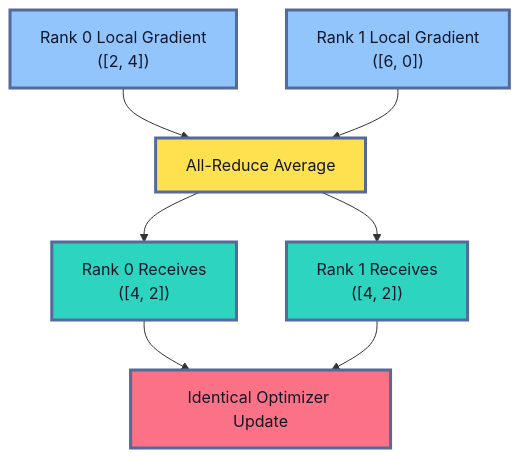
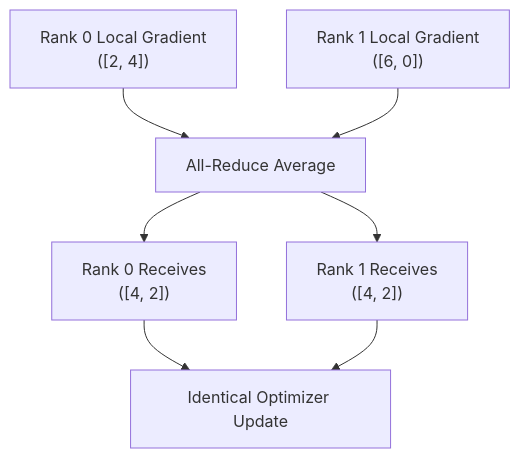
Before and after one commit to senlinyy/dev-roadmaps: the third of 4 diagrams in roadmaps/mlops/modules/training-pipelines/scaling-training/02-distributed-training-basics.md, drawn with Mermaid. The commit also changed other lines of this file and 152 other files, not shown here.

Commit message:
feat: mlops and diagrams updated

````diff
--- a/roadmaps/mlops/modules/training-pipelines/scaling-training/02-distributed-training-basics.md
+++ b/roadmaps/mlops/modules/training-pipelines/scaling-training/02-distributed-training-basics.md
@@ -141,18 +134,14 @@
 ```mermaid
 flowchart TD
     A["Rank 0 Local Gradient<br/>([2, 4])"] --> C["All-Reduce Average"]
     B["Rank 1 Local Gradient<br/>([6, 0])"] --> C
     C --> D["Rank 0 Receives<br/>([4, 2])"]
     C --> E["Rank 1 Receives<br/>([4, 2])"]
     D --> F["Identical Optimizer Update"]
     E --> F
 
-    classDef local fill:#93C5FD,stroke:#536A9A,stroke-width:3px,color:#0F172A
-    classDef collective fill:#FFE04F,stroke:#536A9A,stroke-width:3px,color:#111827
-    classDef result fill:#2DD4BF,stroke:#536A9A,stroke-width:3px,color:#0F172A
-    classDef update fill:#FB7185,stroke:#536A9A,stroke-width:3px,color:#111827
     class A,B local
     class C collective
     class D,E result
     class F update
 ```
````
